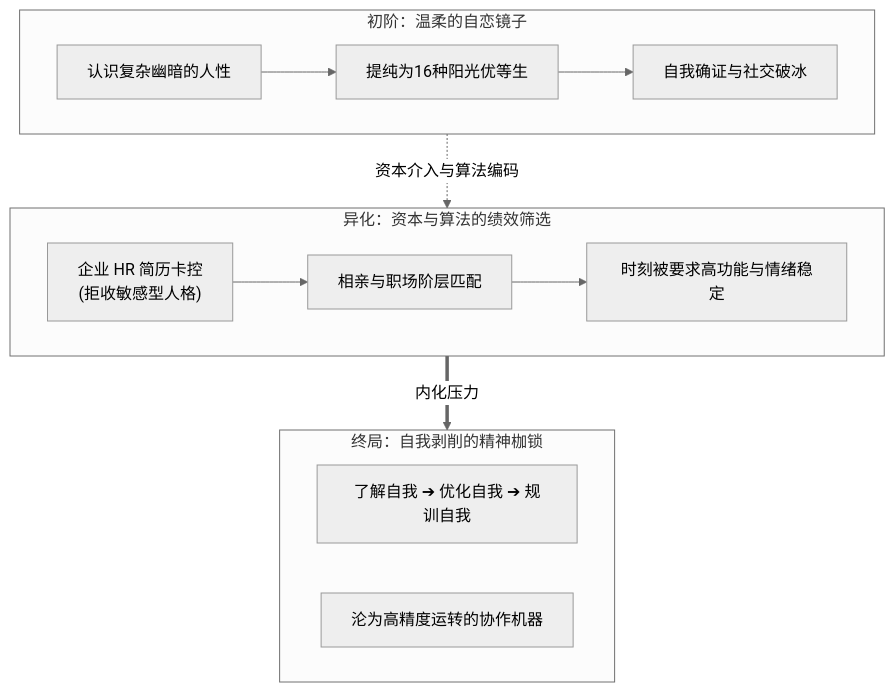
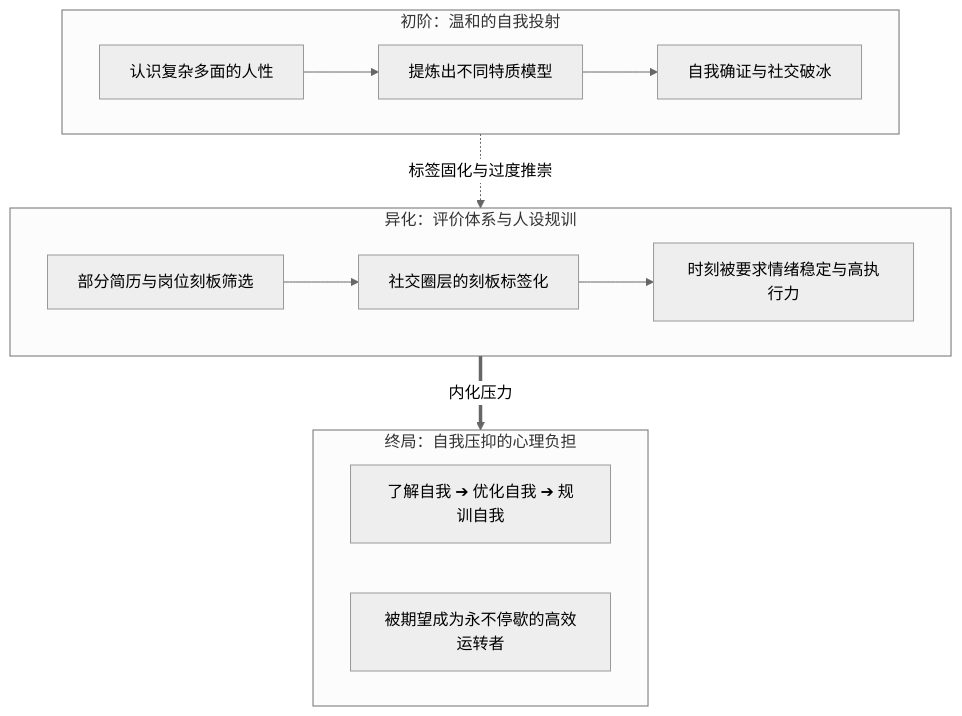
Before and after one commit to NJUPT-CS-StuDev/studev: the first of 4 diagrams in src/content/life/essay-cyber-prison-sbti.md, drawn with Mermaid (neutral theme). The commit also changed other lines of this file and 7 other files, not shown here.

````diff
--- a/src/content/life/essay-cyber-prison-sbti.md
+++ b/src/content/life/essay-cyber-prison-sbti.md
@@ -44,20 +42,20 @@
 ```mermaid
 flowchart TD
-    subgraph Origin["初阶：温柔的自恋镜子"]
-        O1["认识复杂幽暗的人性"] --> O2["提纯为16种阳光优等生"]
+    subgraph Origin["初阶：温和的自我投射"]
+        O1["认识复杂多面的人性"] --> O2["提炼出不同特质模型"]
         O2 --> O3["自我确证与社交破冰"]
     end
 
-    subgraph Alienation["异化：资本与算法的绩效筛选"]
-        A1["企业 HR 简历卡控<br/>(拒收敏感型人格)"] --> A2["相亲与职场阶层匹配"]
-        A2 --> A3["时刻被要求高功能与情绪稳定"]
+    subgraph Alienation["异化：评价体系与人设规训"]
+        A1["部分简历与岗位刻板筛选"] --> A2["社交圈层的刻板标签化"]
+        A2 --> A3["时刻被要求情绪稳定与高执行力"]
     end
 
-    subgraph Prison["终局：自我剥削的精神枷锁"]
+    subgraph Prison["终局：自我压抑的心理负担"]
         P1["了解自我 ➔ 优化自我 ➔ 规训自我"]
-        P2["沦为高精度运转的协作机器"]
+        P2["被期望成为永不停歇的高效运转者"]
     end
 
-    Origin -.->|资本介入与算法编码| Alienation
+    Origin -.->|标签固化与过度推崇| Alienation
     Alienation ==>|内化压力| Prison
 ```
````
